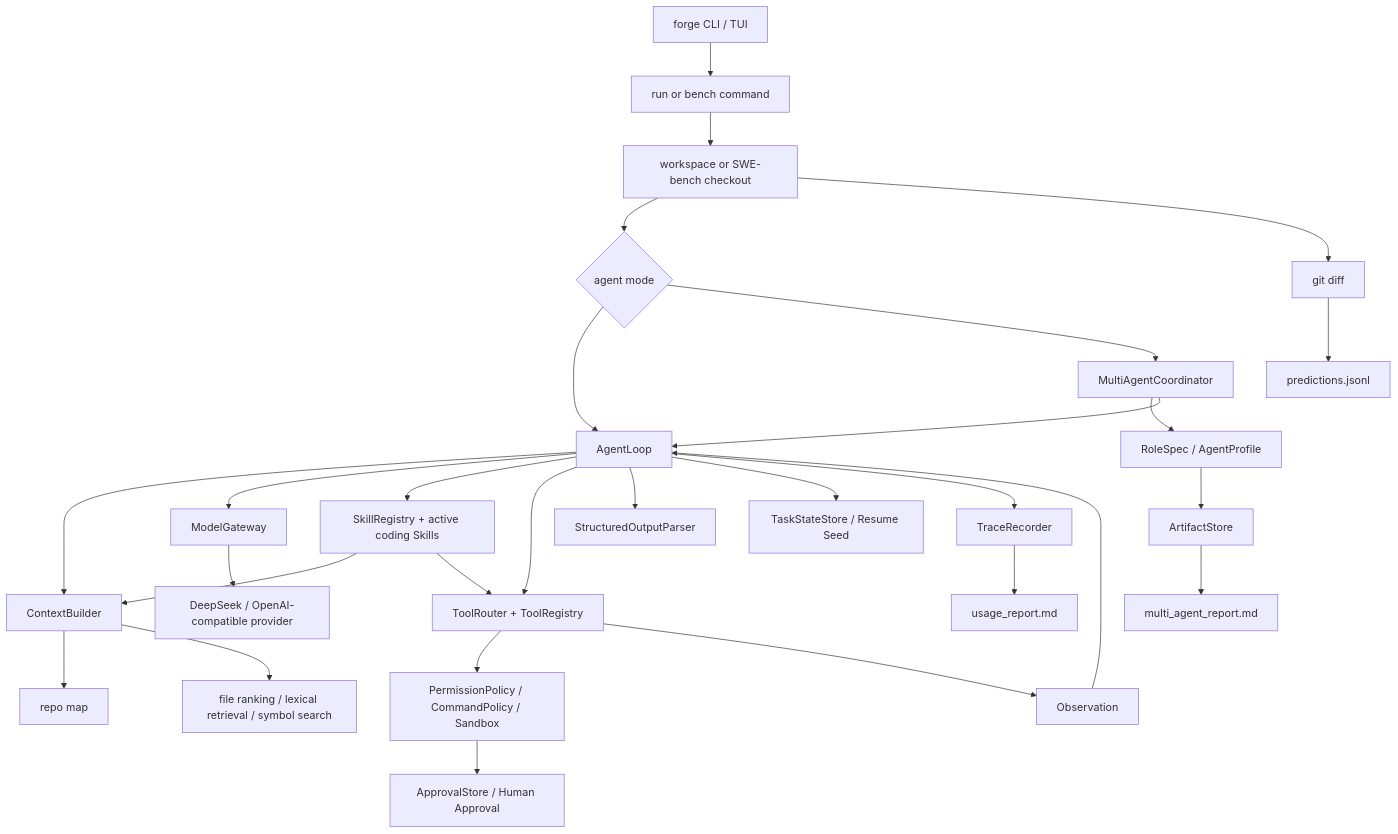
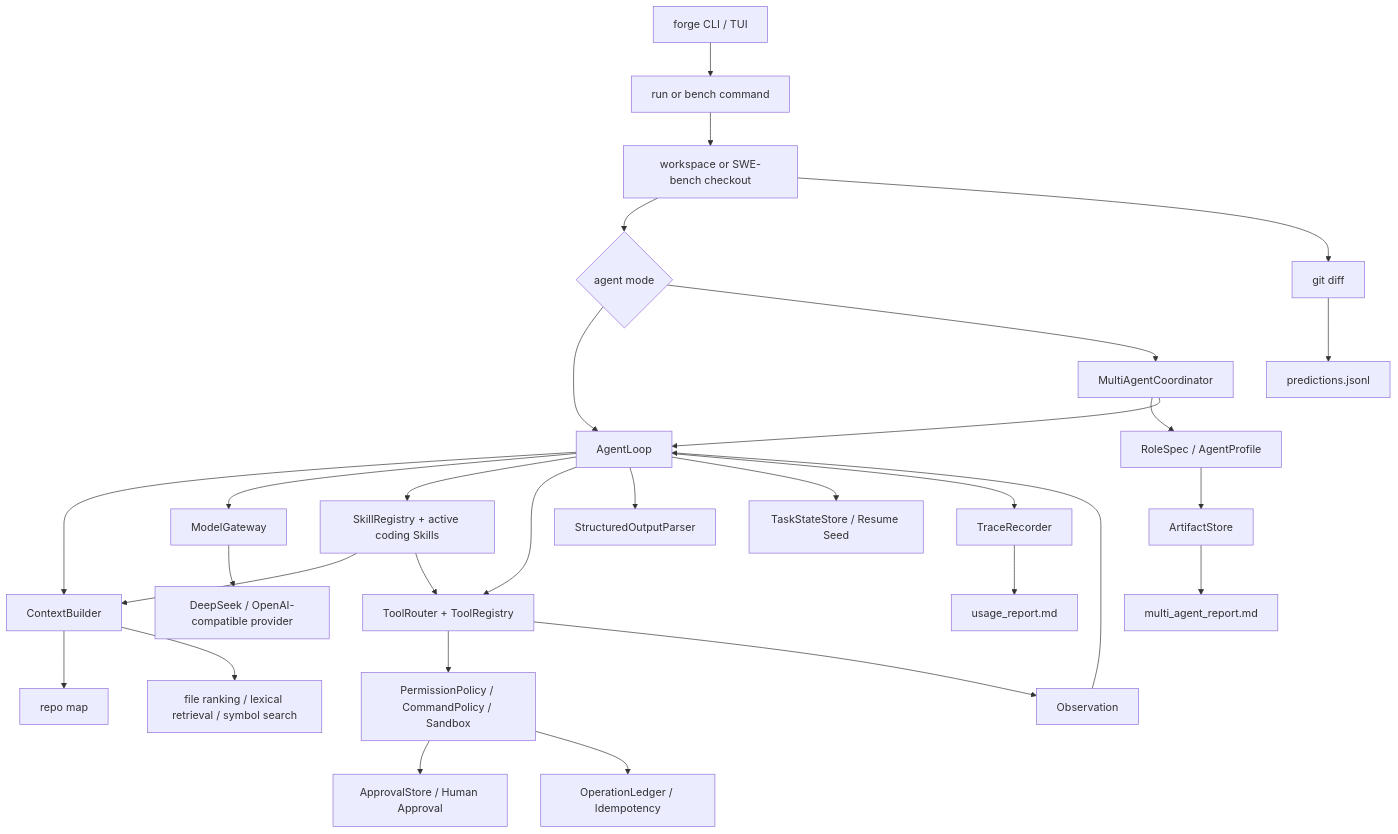
One commit to semi-hollow/NanoHarness changed the diagram in docs/AgentForge总体架构与运行链路.md. Above: the diagram before and after it, drawn with Mermaid. The commit also changed other lines of this file and 14 other files, not shown here.

Commit message:
Add operation ledger resume and mini cases

````diff
--- a/docs/AgentForge总体架构与运行链路.md
+++ b/docs/AgentForge总体架构与运行链路.md
@@ -10,31 +10,32 @@
 ```mermaid
 flowchart TD
     User["forge CLI / TUI"] --> Run["run or bench command"]
     Run --> Workspace["workspace or SWE-bench checkout"]
     Workspace --> Mode{"agent mode"}
     Mode --> Loop["AgentLoop"]
     Mode --> Coordinator["MultiAgentCoordinator"]
     Coordinator --> Roles["RoleSpec / AgentProfile"]
     Roles --> Artifacts["ArtifactStore"]
     Coordinator --> Loop
     Loop --> Context["ContextBuilder"]
     Context --> RepoMap["repo map"]
     Context --> Ranking["file ranking / lexical retrieval / symbol search"]
     Loop --> Model["ModelGateway"]
     Model --> Provider["DeepSeek / OpenAI-compatible provider"]
     Loop --> Skills["SkillRegistry + active coding Skills"]
     Skills --> Context
     Skills --> Tools
     Loop --> Tools["ToolRouter + ToolRegistry"]
     Loop --> Structured["StructuredOutputParser"]
     Tools --> Safety["PermissionPolicy / CommandPolicy / Sandbox"]
     Safety --> Approval["ApprovalStore / Human Approval"]
+    Safety --> Ledger["OperationLedger / Idempotency"]
     Tools --> Observation["Observation"]
     Observation --> Loop
     Loop --> Checkpoint["TaskStateStore / Resume Seed"]
     Loop --> Trace["TraceRecorder"]
     Trace --> Usage["usage_report.md"]
     Artifacts --> MultiReport["multi_agent_report.md"]
     Workspace --> Diff["git diff"]
     Diff --> Prediction["predictions.jsonl"]
 ```
````
